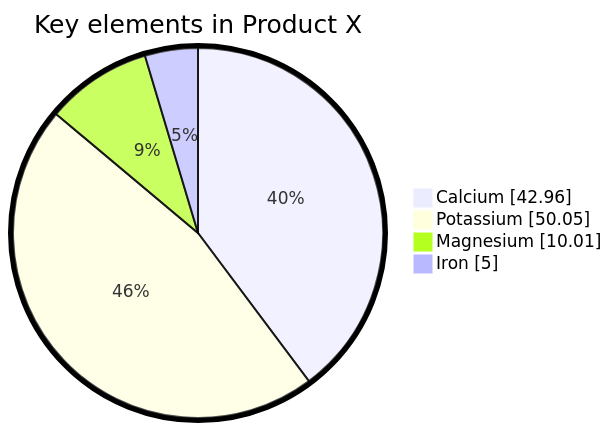
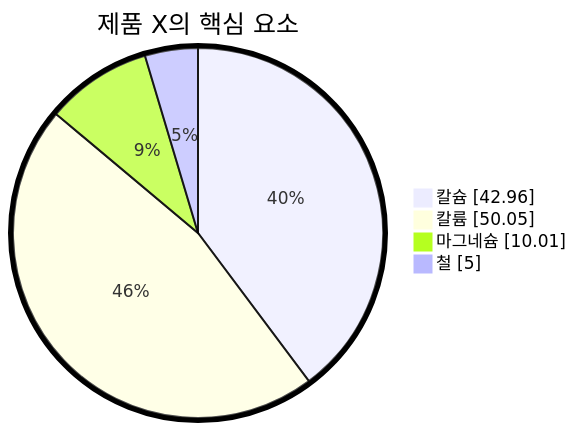
The fifth of 8 diagrams in apps/app/resource/locales/ko_KR/sandbox-diagrams.md (weseek/growi), drawn with Mermaid before and after one commit. The commit also changed other lines of this file and 17 other files, not shown here.

````diff
--- a/apps/app/resource/locales/ko_KR/sandbox-diagrams.md
+++ b/apps/app/resource/locales/ko_KR/sandbox-diagrams.md
@@ -158,9 +158,9 @@
 ```mermaid
 %%{init: {"pie": {"textPosition": 0.5}, "themeVariables": {"pieOuterStrokeWidth": "5px"}} }%%
 pie showData
-    title Key elements in Product X
-    "Calcium" : 42.96
-    "Potassium" : 50.05
-    "Magnesium" : 10.01
-    "Iron" :  5
+    title 제품 X의 핵심 요소
+    "칼슘" : 42.96
+    "칼륨" : 50.05
+    "마그네슘" : 10.01
+    "철" :  5
 ```
````
